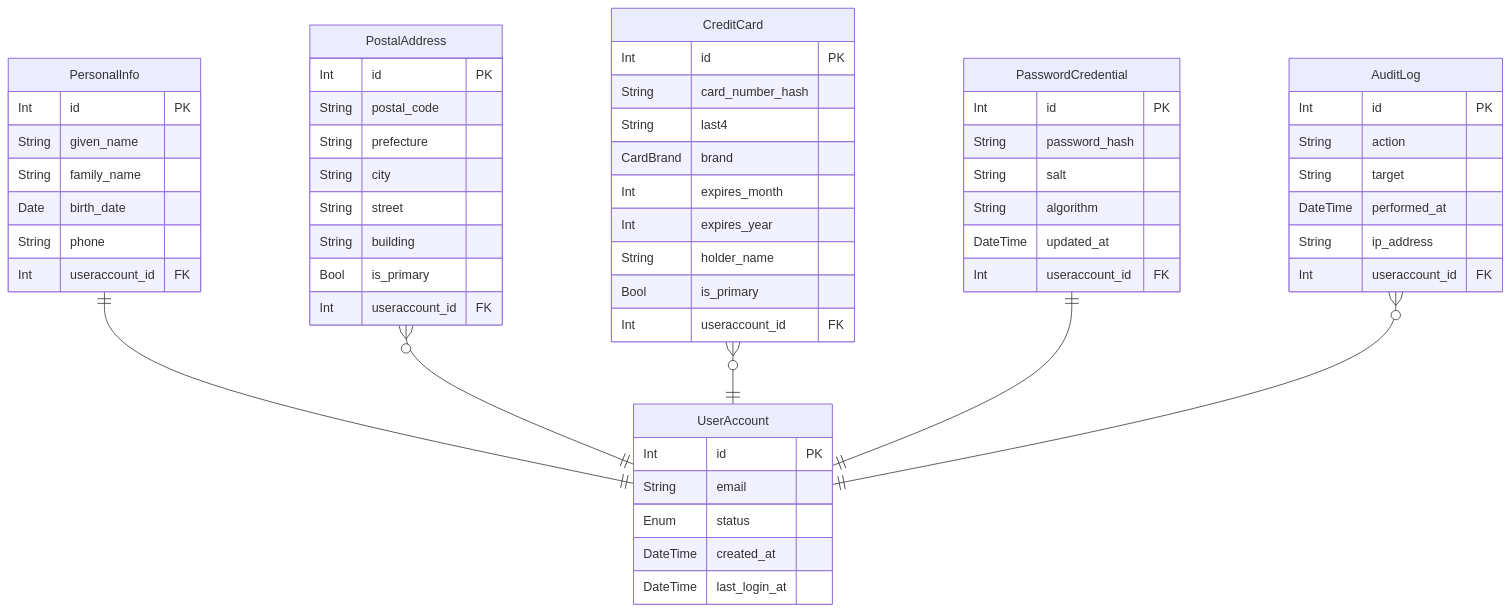
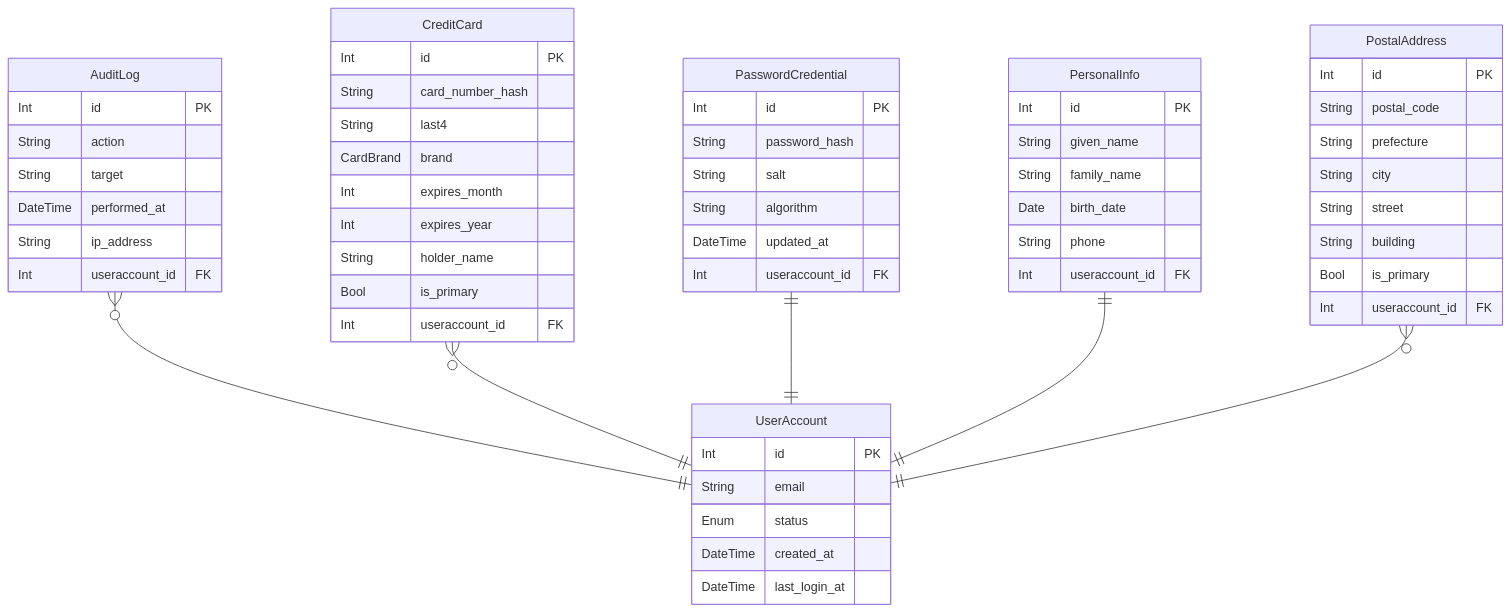
Before and after one commit to manji-0/rdra-ish-dsl: the diagram in samples/personal-info/out/er.mmd, drawn with Mermaid. The commit also changed other lines of this file and 13 other files, not shown here.

First line of the commit message:
fix(er): order ER relations by the ids of the entities they join

```diff
--- a/samples/personal-info/out/er.mmd
+++ b/samples/personal-info/out/er.mmd
@@ -1,61 +1,61 @@
 %% rdra-ish diagram=er scope=whole model=samples/personal-info
 %% kinds: entity
 %% omitted: (none)
 erDiagram
   AuditLog {
     Int id PK
     String action
     String target
     DateTime performed_at
     String ip_address
     Int useraccount_id FK
   }
   CreditCard {
     Int id PK
     String card_number_hash
     String last4
     CardBrand brand
     Int expires_month
     Int expires_year
     String holder_name
     Bool is_primary
     Int useraccount_id FK
   }
   PasswordCredential {
     Int id PK
     String password_hash
     String salt
     String algorithm
     DateTime updated_at
     Int useraccount_id FK
   }
   PersonalInfo {
     Int id PK
     String given_name
     String family_name
     Date birth_date
     String phone
     Int useraccount_id FK
   }
   PostalAddress {
     Int id PK
     String postal_code
     String prefecture
     String city
     String street
     String building
     Bool is_primary
     Int useraccount_id FK
   }
   UserAccount {
     Int id PK
     String email
     Enum status
     DateTime created_at
     DateTime last_login_at
   }
+  AuditLog }o--|| UserAccount : ""
+  CreditCard }o--|| UserAccount : ""
+  PasswordCredential ||--|| UserAccount : ""
   PersonalInfo ||--|| UserAccount : ""
   PostalAddress }o--|| UserAccount : ""
-  CreditCard }o--|| UserAccount : ""
-  PasswordCredential ||--|| UserAccount : ""
-  AuditLog }o--|| UserAccount : ""
```
